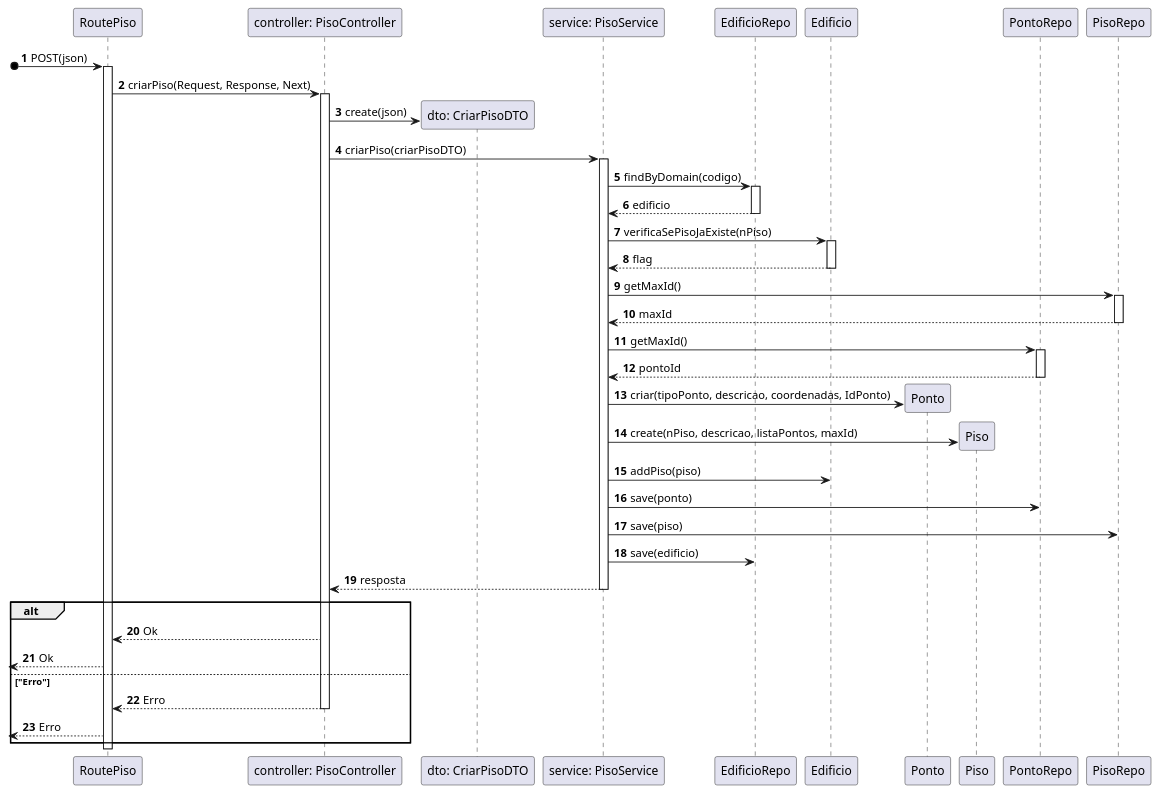
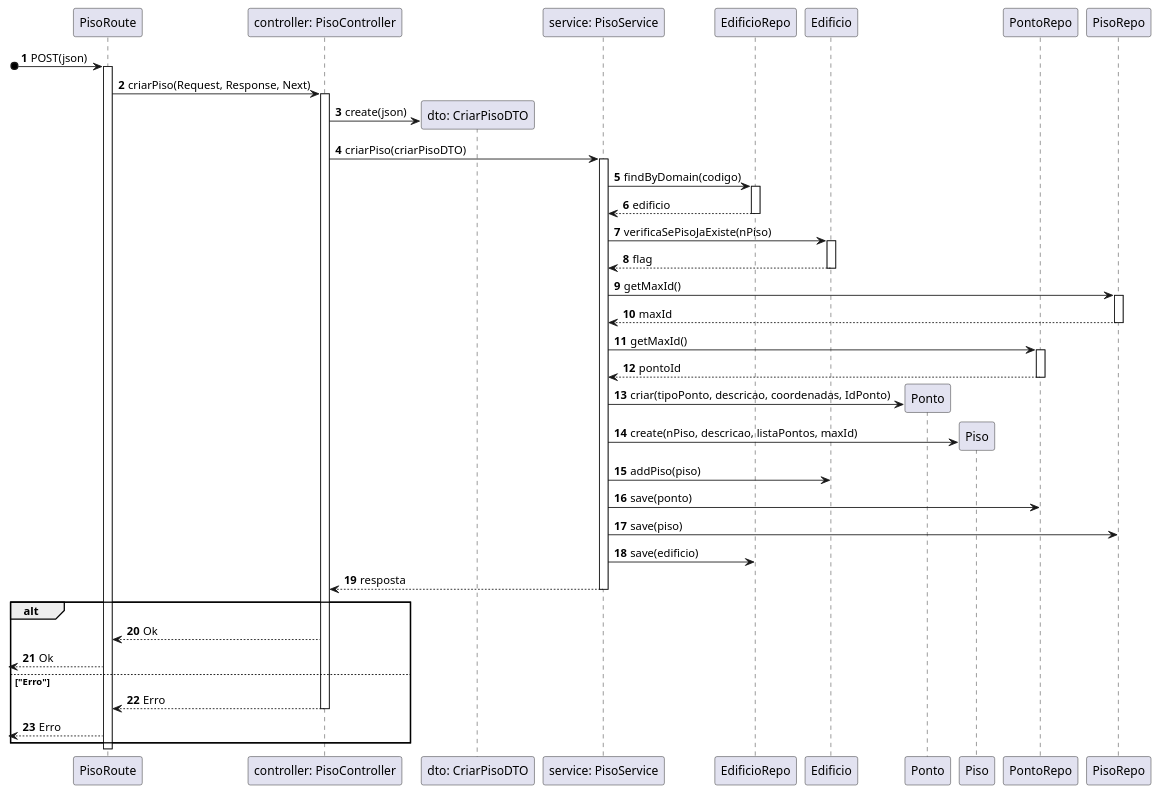
Before and after one commit to SEM5PI2324G58/sem5pi_g58_23_24: the diagram in docs/Sprint_A/US190/N3/US190_VP.puml, drawn with PlantUML. The commit also changed 6 other files, not shown here.

```diff
--- a/docs/Sprint_A/US190/N3/US190_VP.puml
+++ b/docs/Sprint_A/US190/N3/US190_VP.puml
@@ -1,48 +1,48 @@
 autonumber
 
-participant RoutePiso as route
+participant PisoRoute as route
 participant "controller: PisoController" as ctrl
 participant "dto: CriarPisoDTO" as dto
 participant "service: PisoService" as service
 participant "EdificioRepo" as edRepo
 participant "Edificio" as edificio
 participant "Ponto" as ponto
 participant "Piso" as piso
 participant "PontoRepo" as pontoRepo
 participant "PisoRepo" as pisoRepo
 
 [o-> route: POST(json)
 activate route
 route -> ctrl: criarPiso(Request, Response, Next)
 activate ctrl
 ctrl -> dto ** : create(json)
 ctrl -> service: criarPiso(criarPisoDTO) 
 activate service
 service -> edRepo: findByDomain(codigo)
 activate edRepo
 return edificio
 service -> edificio :  verificaSePisoJaExiste(nPiso)
 activate edificio
 return flag
 service -> pisoRepo: getMaxId()
 activate pisoRepo
 return maxId
 service -> pontoRepo: getMaxId()
 activate pontoRepo
 return pontoId
 service -> ponto ** : criar(tipoPonto, descricao, coordenadas, IdPonto)
 service -> piso ** : create(nPiso, descricao, listaPontos, maxId)
 service -> edificio: addPiso(piso)
 service -> pontoRepo: save(ponto)
 service -> pisoRepo: save(piso)
 service -> edRepo: save(edificio)
 return resposta
 alt
 route <-- ctrl: Ok
 <-- route: Ok
 else "Erro"
 route <-- ctrl: Erro
 deactivate ctrl
 <-- route: Erro
 end alt
 deactivate route
```
